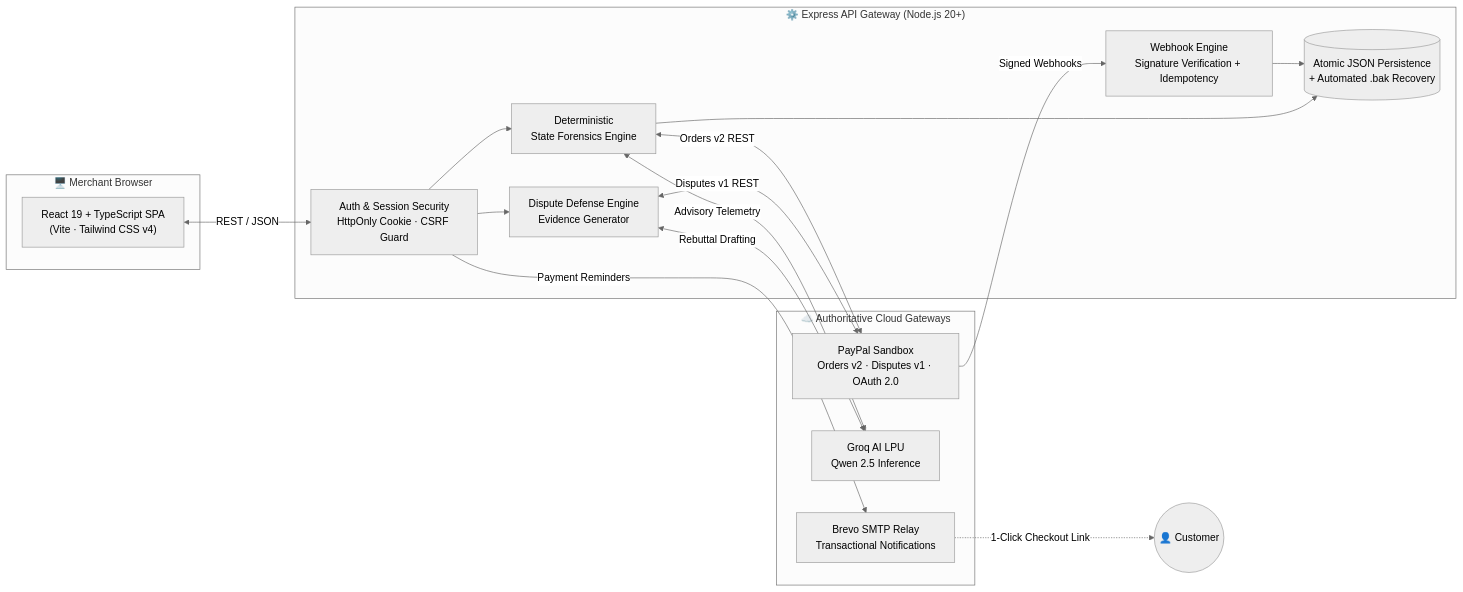
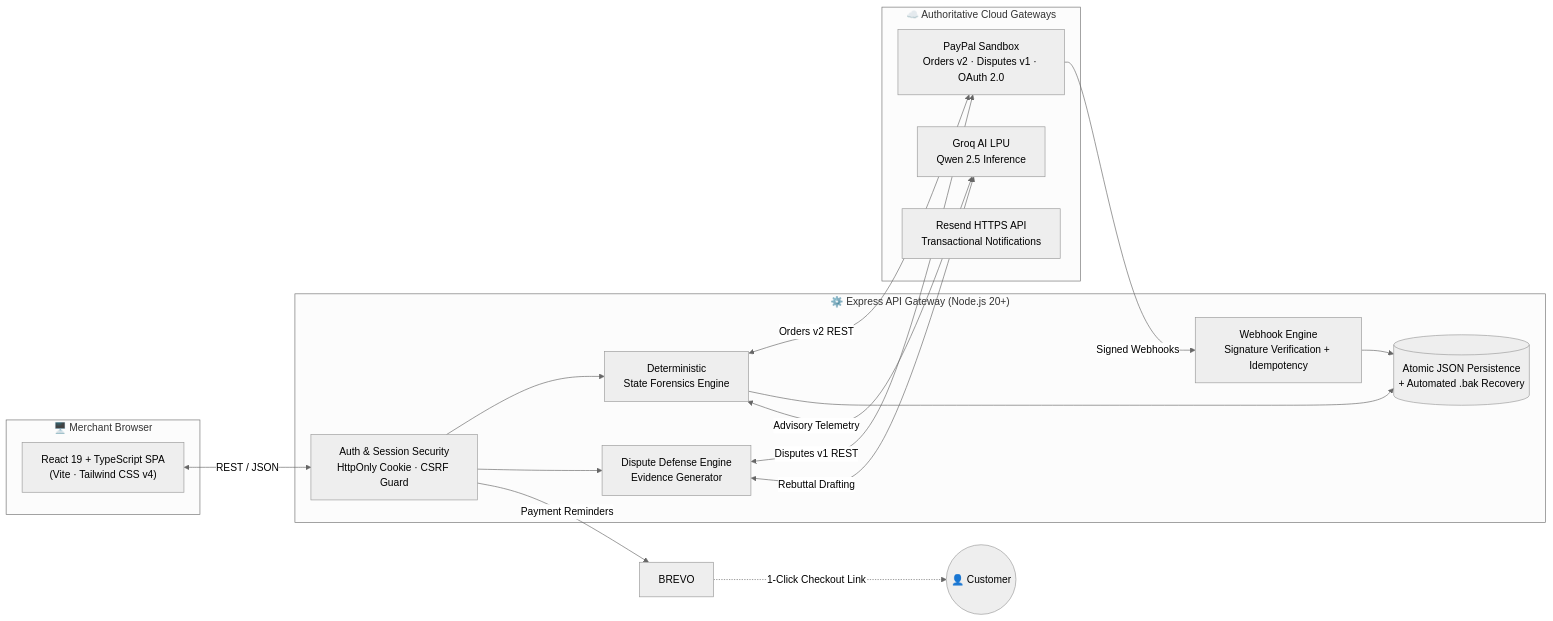
The diagram in README.md (Karthikjr48/transaction-autopilot), drawn with Mermaid (neutral theme) before and after one commit. The commit also changed other lines of this file and 5 other files, not shown here.

````diff
--- a/README.md
+++ b/README.md
@@ -115,33 +115,33 @@
 ```mermaid
 flowchart LR
     subgraph Client["🖥️ Merchant Browser"]
         UI["React 19 + TypeScript SPA<br/>(Vite · Tailwind CSS v4)"]
     end
 
     subgraph Server["⚙️ Express API Gateway (Node.js 20+)"]
         AUTH["Auth & Session Security<br/>HttpOnly Cookie · CSRF Guard"]
         FOR["Deterministic<br/>State Forensics Engine"]
         DISP["Dispute Defense Engine<br/>Evidence Generator"]
         WH["Webhook Engine<br/>Signature Verification + Idempotency"]
         STORE[("Atomic JSON Persistence<br/>+ Automated .bak Recovery")]
     end
 
     subgraph External["☁️ Authoritative Cloud Gateways"]
         PP["PayPal Sandbox<br/>Orders v2 · Disputes v1 · OAuth 2.0"]
         GROQ["Groq AI LPU<br/>Qwen 2.5 Inference"]
-        BREVO["Brevo SMTP Relay<br/>Transactional Notifications"]
+        RESEND["Resend HTTPS API<br/>Transactional Notifications"]
     end
 
     UI <-->|"REST / JSON"| AUTH
     AUTH --> FOR
     AUTH --> DISP
     FOR <-->|"Orders v2 REST"| PP
     DISP <-->|"Disputes v1 REST"| PP
     PP -->|"Signed Webhooks"| WH
     WH --> STORE
     FOR --> STORE
     FOR <-->|"Advisory Telemetry"| GROQ
     DISP <-->|"Rebuttal Drafting"| GROQ
     AUTH -->|"Payment Reminders"| BREVO
     BREVO -.->|"1-Click Checkout Link"| Customer(("👤 Customer"))
 ```
````
